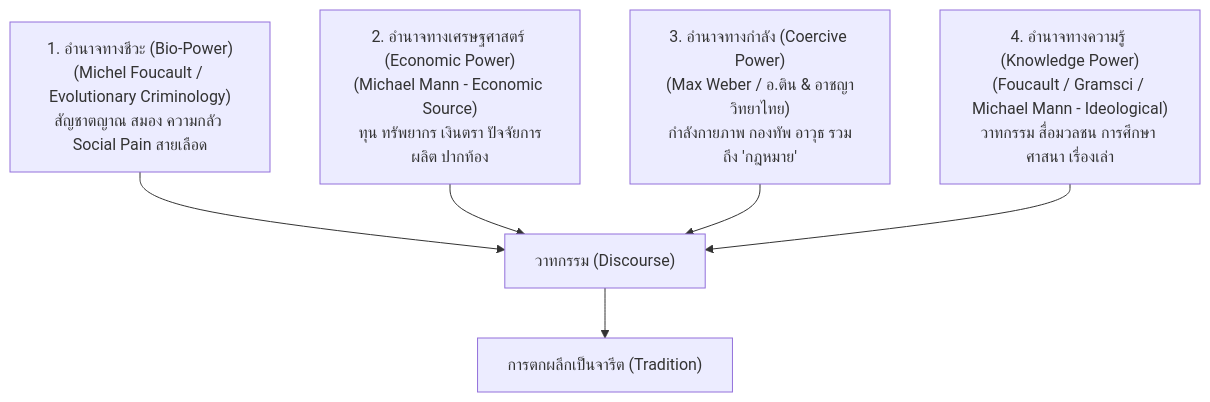
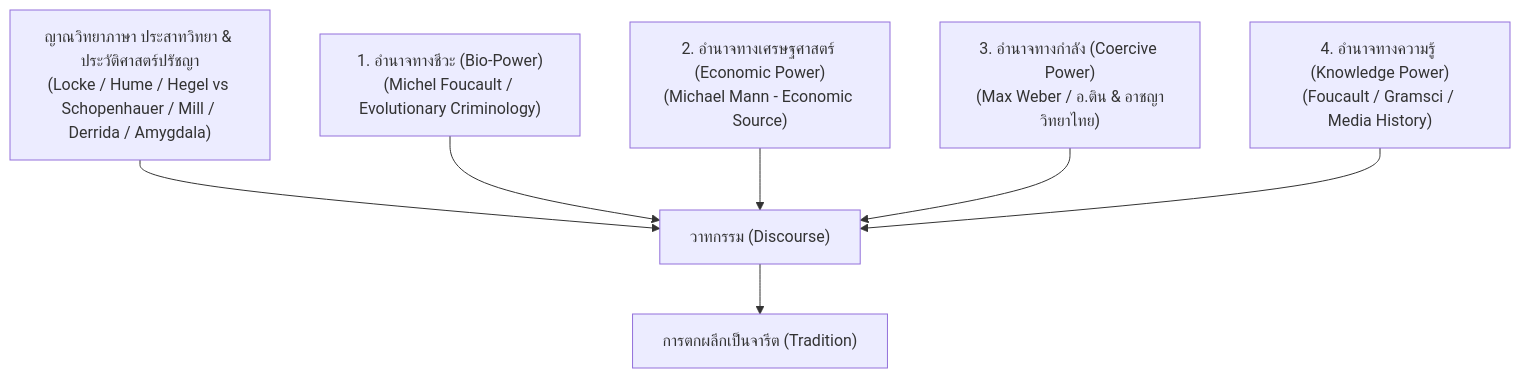
Before and after one commit to ellipszist/unityequilibriumtheory: the first of 2 diagrams in uet_history/3_publish/books/history_media_power/SECTION_BLUEPRINT.md, drawn with Mermaid. The commit also changed other lines of this file and 74 other files, not shown here.

````diff
--- a/uet_history/3_publish/books/history_media_power/SECTION_BLUEPRINT.md
+++ b/uet_history/3_publish/books/history_media_power/SECTION_BLUEPRINT.md
@@ -16,9 +15,10 @@
 ```mermaid
 graph TD
-    P1["1. อำนาจทางชีวะ (Bio-Power)<br>(Michel Foucault / Evolutionary Criminology)<br>สัญชาตญาณ สมอง ความกลัว Social Pain สายเลือด"] --> D["วาทกรรม (Discourse)"]
-    P2["2. อำนาจทางเศรษฐศาสตร์ (Economic Power)<br>(Michael Mann - Economic Source)<br>ทุน ทรัพยากร เงินตรา ปัจจัยการผลิต ปากท้อง"] --> D
-    P3["3. อำนาจทางกำลัง (Coercive Power)<br>(Max Weber / อ.ติน & อาชญาวิทยาไทย)<br>กำลังกายภาพ กองทัพ อาวุธ รวมถึง 'กฎหมาย'"] --> D
-    P4["4. อำนาจทางความรู้ (Knowledge Power)<br>(Foucault / Gramsci / Michael Mann - Ideological)<br>วาทกรรม สื่อมวลชน การศึกษา ศาสนา เรื่องเล่า"] --> D
+    E1["ญาณวิทยาภาษา ประสาทวิทยา & ประวัติศาสตร์ปรัชญา<br>(Locke / Hume / Hegel vs Schopenhauer / Mill / Derrida / Amygdala)"] --> D["วาทกรรม (Discourse)"]
+    P1["1. อำนาจทางชีวะ (Bio-Power)<br>(Michel Foucault / Evolutionary Criminology)"] --> D
+    P2["2. อำนาจทางเศรษฐศาสตร์ (Economic Power)<br>(Michael Mann - Economic Source)"] --> D
+    P3["3. อำนาจทางกำลัง (Coercive Power)<br>(Max Weber / อ.ติน & อาชญาวิทยาไทย)"] --> D
+    P4["4. อำนาจทางความรู้ (Knowledge Power)<br>(Foucault / Gramsci / Media History)"] --> D
 
     D --> T["การตกผลึกเป็นจารีต (Tradition)"]
 ```
````
